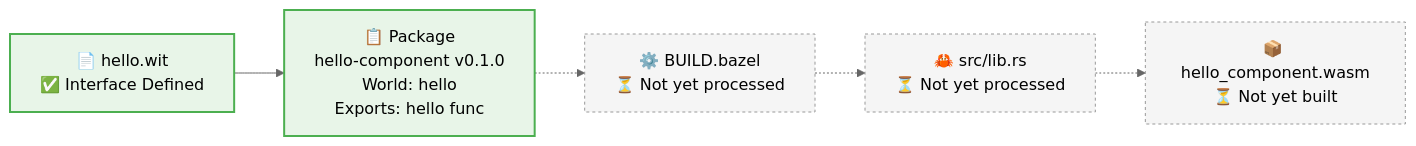
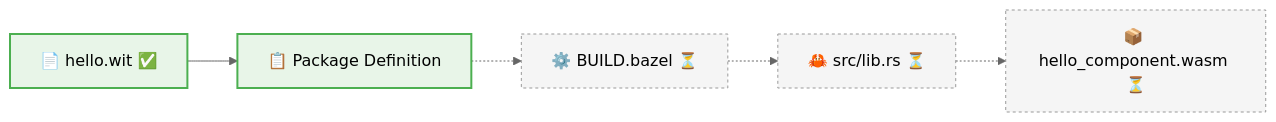
The second of 6 diagrams in docs-site/src/content/docs/tutorials/code-explained.mdx (pulseengine/rules_wasm_component), drawn with Mermaid (neutral theme) before and after one commit. The commit also changed other lines of this file and 22 other files, not shown here.

````diff
--- a/docs-site/src/content/docs/tutorials/code-explained.mdx
+++ b/docs-site/src/content/docs/tutorials/code-explained.mdx
@@ -95,20 +95,20 @@
 ```mermaid
 flowchart LR
-    A["📄 hello.wit<br/>✅ Interface Defined"] 
-    A1["📋 Package<br/>hello-component v0.1.0<br/>World: hello<br/>Exports: hello func"]
+    A[📄 hello.wit ✅]
+    A1[📋 Package Definition]
     
-    B["⚙️ BUILD.bazel<br/>⏳ Not yet processed"]
-    C["🦀 src/lib.rs<br/>⏳ Not yet processed"] 
-    D["📦 hello_component.wasm<br/>⏳ Not yet built"]
+    B[⚙️ BUILD.bazel ⏳]
+    C[🦀 src/lib.rs ⏳] 
+    D[📦 hello_component.wasm ⏳]
     
     A --> A1
     A1 -.-> B
     B -.-> C  
     C -.-> D
     
     style A fill:#e8f5e8,stroke:#4caf50,stroke-width:2px
     style A1 fill:#e8f5e8,stroke:#4caf50,stroke-width:2px
     style B fill:#f5f5f5,stroke:#999,stroke-dasharray: 3 3
     style C fill:#f5f5f5,stroke:#999,stroke-dasharray: 3 3
     style D fill:#f5f5f5,stroke:#999,stroke-dasharray: 3 3
 ```
````
